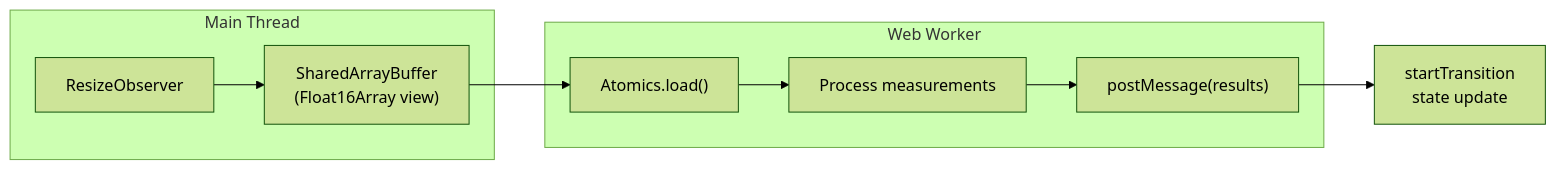
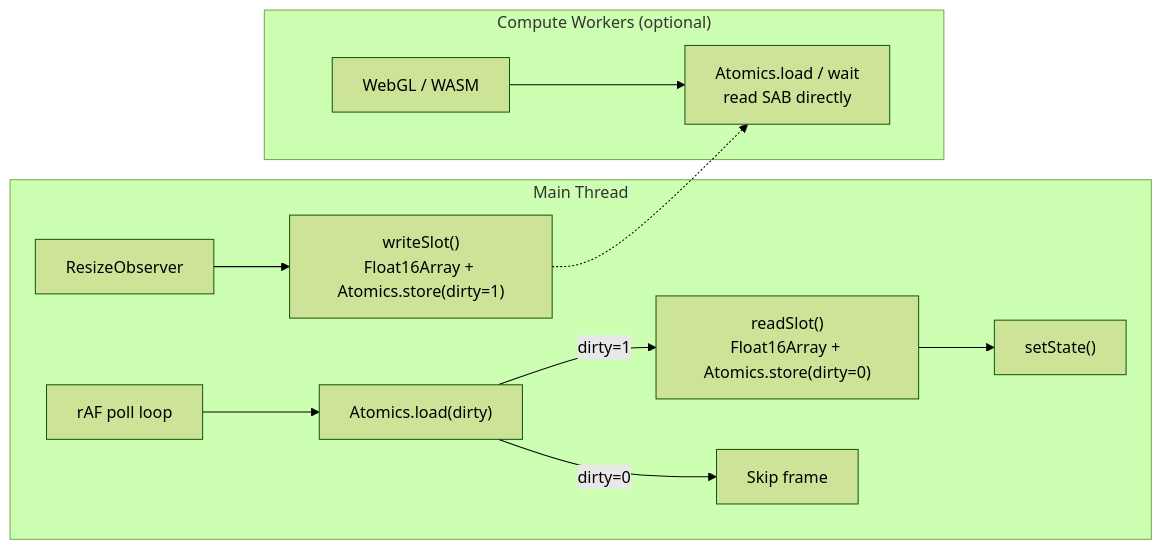
One commit to ABCrimson/use-resize-observer changed the fifth of 5 diagrams in docs/guide/architecture.md. Above: the diagram before and after it, drawn with Mermaid (forest theme). The commit also changed other lines of this file and 61 other files, not shown here.

````diff
--- a/docs/guide/architecture.md
+++ b/docs/guide/architecture.md
@@ -175,14 +181,16 @@
 ```mermaid
 flowchart LR
     subgraph Main["Main Thread"]
-        RO["ResizeObserver"] --> SAB["SharedArrayBuffer\n(Float16Array view)"]
+        RO["ResizeObserver"] --> WRITE["writeSlot()\nFloat16Array + Atomics.store(dirty=1)"]
+        POLL["rAF poll loop"] --> CHECK["Atomics.load(dirty)"]
+        CHECK -->|dirty=1| READ["readSlot()\nFloat16Array + Atomics.store(dirty=0)"]
+        CHECK -->|dirty=0| SKIP["Skip frame"]
+        READ --> ST["setState()"]
     end
 
-    subgraph Worker["Web Worker"]
-        SAB --> READ["Atomics.load()"]
-        READ --> PROC["Process measurements"]
-        PROC --> POST["postMessage(results)"]
+    subgraph Workers["Compute Workers (optional)"]
+        CW["WebGL / WASM"] --> SAB_READ["Atomics.load / wait\nread SAB directly"]
     end
 
-    POST --> ST["startTransition\nstate update"]
+    WRITE -.-> SAB_READ
 ```
````
